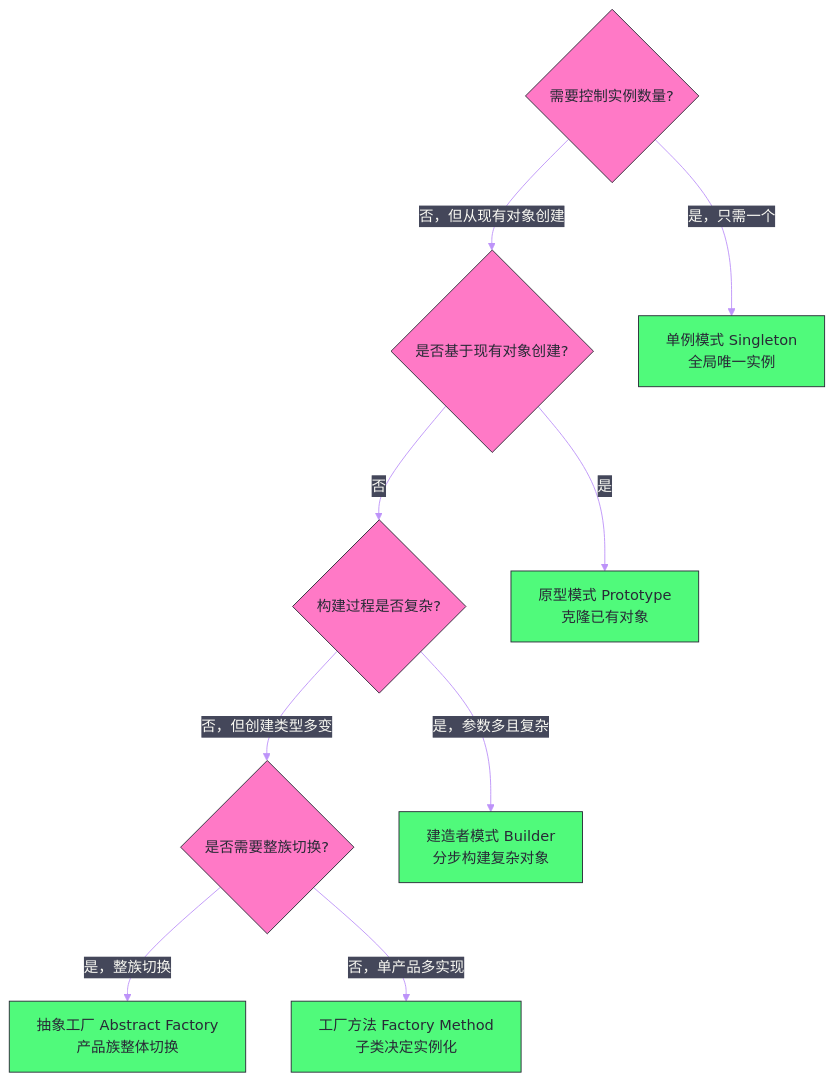
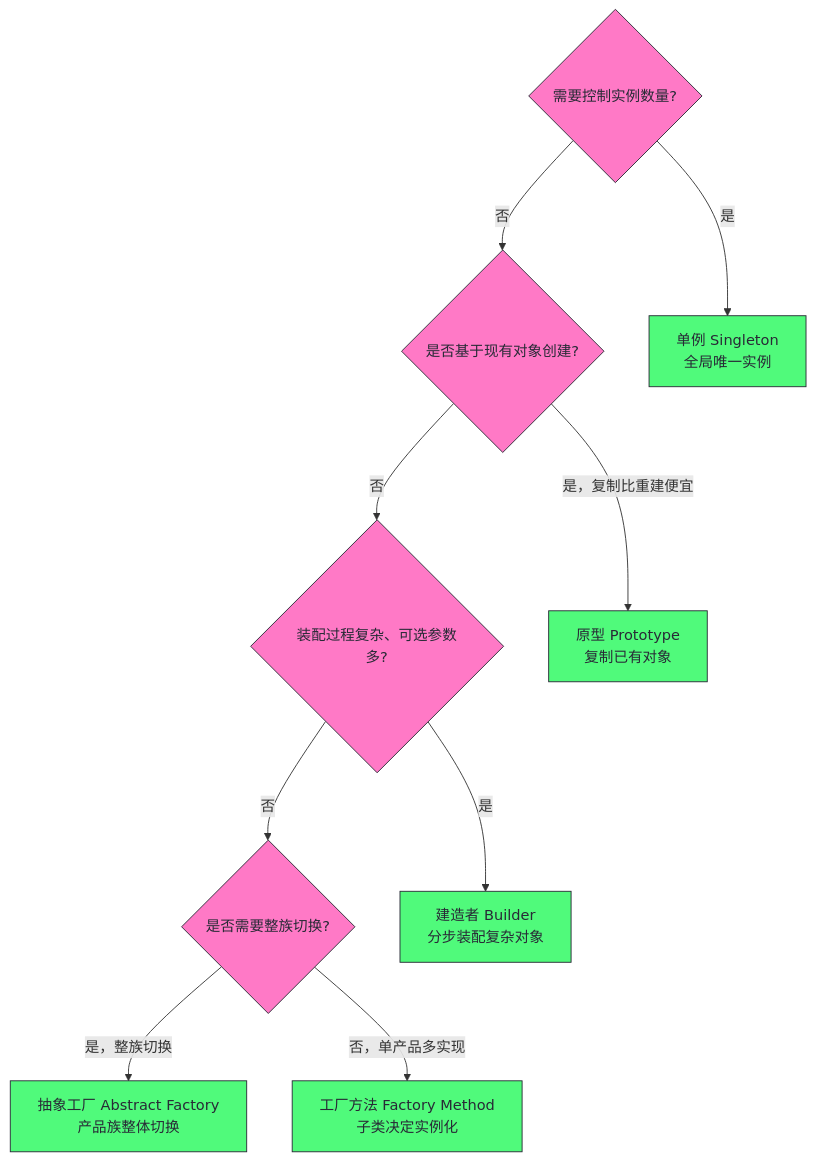
The fifth of 5 diagrams in content/Java/OOP设计模式/03 创建型模式（下）——建造者与原型模式.md (hpliStartAgain/my-brain), drawn with Mermaid before and after one commit. The commit also changed other lines of this file and 455 other files, not shown here.

````diff
--- a/content/Java/OOP设计模式/03 创建型模式（下）——建造者与原型模式.md
+++ b/content/Java/OOP设计模式/03 创建型模式（下）——建造者与原型模式.md
@@ -532,27 +852,26 @@
 ```mermaid
-%%{init: {'theme': 'base', 'themeVariables': {'primaryColor': '#6272a4', 'primaryTextColor': '#f8f8f2', 'primaryBorderColor': '#44475a', 'lineColor': '#bd93f9', 'secondaryColor': '#44475a', 'background': '#282a36', 'mainBkg': '#44475a', 'titleColor': '#f8f8f2', 'fontFamily': 'monospace'}}}%%
+%%{init: {'theme': 'dracula'}}%%
 graph TD
-    classDef question fill:#ff79c6,stroke:#282a36,color:#282a36
-    classDef pattern fill:#50fa7b,stroke:#282a36,color:#282a36
-    classDef tip fill:#8be9fd,stroke:#282a36,color:#282a36
+    Q1{"需要控制实例数量?"}:::q
+    Q2{"是否基于现有对象创建?"}:::q
+    Q3{"装配过程复杂、可选参数多?"}:::q
+    Q4{"是否需要整族切换?"}:::q
 
-    Q1{"需要控制实例数量?"}:::question
-    Q2{"是否基于现有对象创建?"}:::question
-    Q3{"构建过程是否复杂?"}:::question
-    Q4{"是否需要整族切换?"}:::question
+    P1["单例 Singleton<br/>全局唯一实例"]:::p
+    P2["原型 Prototype<br/>复制已有对象"]:::p
+    P3["建造者 Builder<br/>分步装配复杂对象"]:::p
+    P4["抽象工厂 Abstract Factory<br/>产品族整体切换"]:::p
+    P5["工厂方法 Factory Method<br/>子类决定实例化"]:::p
 
-    P1["单例模式 Singleton</br>全局唯一实例"]:::pattern
-    P2["原型模式 Prototype</br>克隆已有对象"]:::pattern
-    P3["建造者模式 Builder</br>分步构建复杂对象"]:::pattern
-    P4["抽象工厂 Abstract Factory</br>产品族整体切换"]:::pattern
-    P5["工厂方法 Factory Method</br>子类决定实例化"]:::pattern
-
-    Q1 -->|"是，只需一个"| P1
-    Q1 -->|"否，但从现有对象创建"| Q2
-    Q2 -->|"是"| P2
+    Q1 -->|"是"| P1
+    Q1 -->|"否"| Q2
+    Q2 -->|"是，复制比重建便宜"| P2
     Q2 -->|"否"| Q3
-    Q3 -->|"是，参数多且复杂"| P3
-    Q3 -->|"否，但创建类型多变"| Q4
+    Q3 -->|"是"| P3
+    Q3 -->|"否"| Q4
     Q4 -->|"是，整族切换"| P4
     Q4 -->|"否，单产品多实现"| P5
+
+    classDef q fill:#ff79c6,stroke:#282a36,color:#282a36
+    classDef p fill:#50fa7b,stroke:#282a36,color:#282a36
 ```
````
